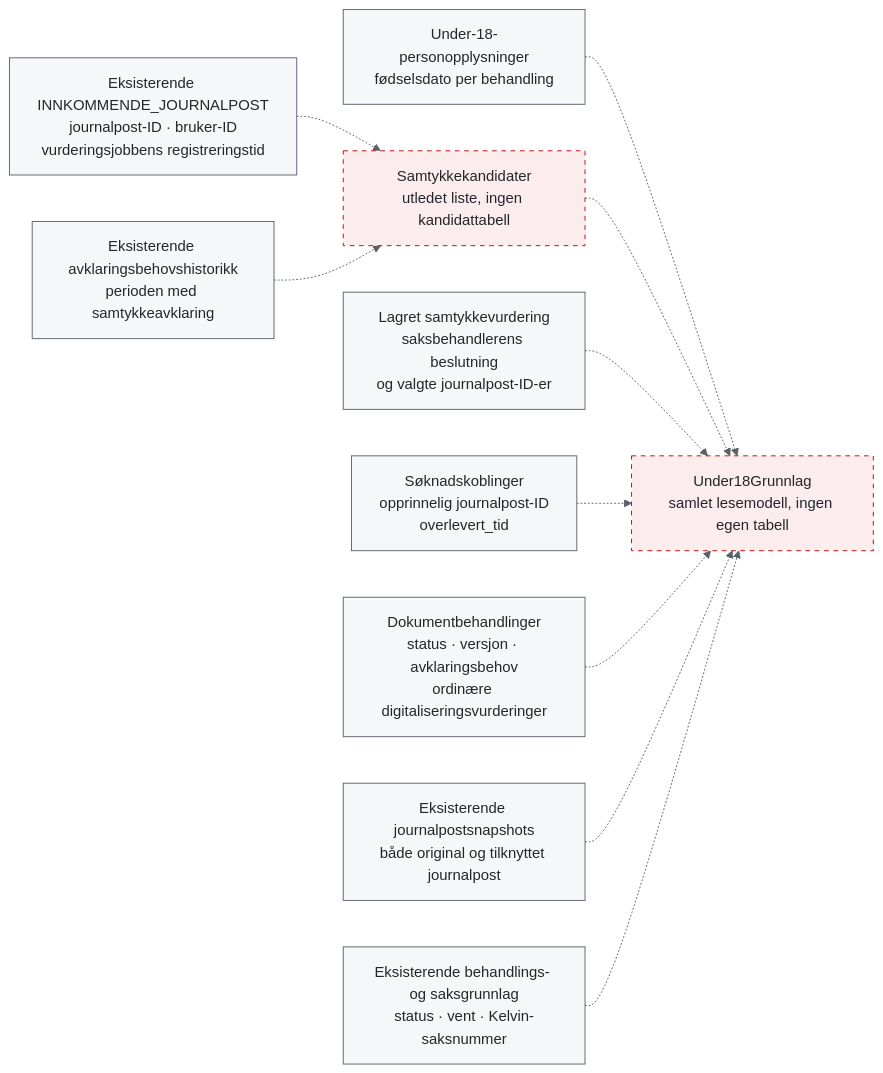
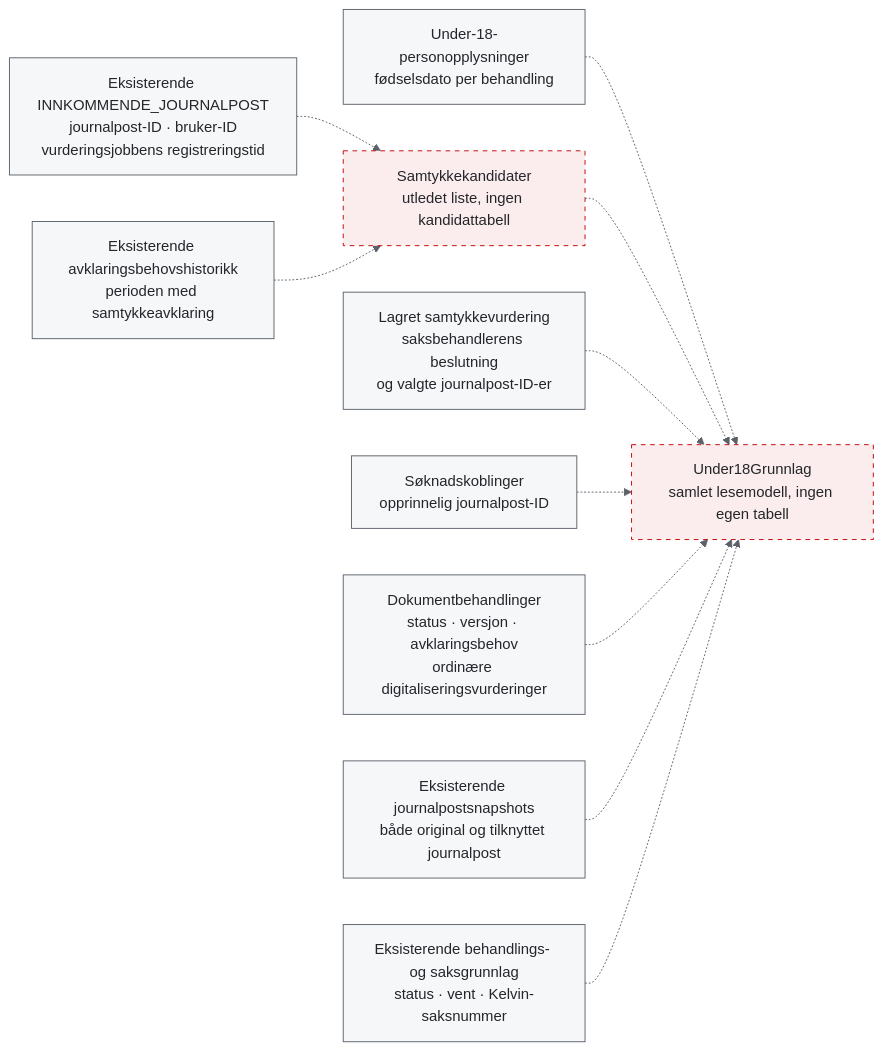
The fourth of 6 diagrams in under-18-flyt.md (navikt/aap-postmottak-backend), drawn with Mermaid before and after one commit. The commit also changed other lines of this file and 7 other files, not shown here.

````diff
--- a/under-18-flyt.md
+++ b/under-18-flyt.md
@@ -391,27 +389,27 @@
 ```mermaid
 %%{init: {"theme":"base","themeVariables":{"primaryColor":"#F6F7F9","primaryTextColor":"#23262A","primaryBorderColor":"#5B6169","lineColor":"#5B6169","secondaryColor":"#FBEDED","tertiaryColor":"#F6F7F9","background":"#FFFFFF"}}}%%
 flowchart LR
     mottak["Eksisterende INNKOMMENDE_JOURNALPOST<br/>journalpost-ID · bruker-ID<br/>vurderingsjobbens registreringstid"]
     personopplysninger["Under-18-personopplysninger<br/>fødselsdato per behandling"]
     historikk["Eksisterende avklaringsbehovshistorikk<br/>perioden med samtykkeavklaring"]
     kandidater["Samtykkekandidater<br/>utledet liste, ingen kandidattabell"]
     samtykke["Lagret samtykkevurdering<br/>saksbehandlerens beslutning<br/>og valgte journalpost-ID-er"]
-    soknader["Søknadskoblinger<br/>opprinnelig journalpost-ID<br/>overlevert_tid"]
+    soknader["Søknadskoblinger<br/>opprinnelig journalpost-ID"]
     dokumentbehandlinger["Dokumentbehandlinger<br/>status · versjon · avklaringsbehov<br/>ordinære digitaliseringsvurderinger"]
     journalposter["Eksisterende journalpostsnapshots<br/>både original og tilknyttet journalpost"]
     behandling["Eksisterende behandlings- og saksgrunnlag<br/>status · vent · Kelvin-saksnummer"]
     grunnlag["Under18Grunnlag<br/>samlet lesemodell, ingen egen tabell"]
     mottak -.-> kandidater
     personopplysninger -.-> grunnlag
     historikk -.-> kandidater
     kandidater -.-> grunnlag
     samtykke -.-> grunnlag
     soknader -.-> grunnlag
     dokumentbehandlinger -.-> grunnlag
     journalposter -.-> grunnlag
     behandling -.-> grunnlag
     classDef lagret fill:#F6F7F9,stroke:#5B6169,color:#23262A
     classDef utledet fill:#FBEDED,stroke:#C30000,color:#23262A,stroke-dasharray:5 5
     class mottak,personopplysninger,historikk,samtykke,soknader,dokumentbehandlinger,journalposter,behandling lagret
     class kandidater,grunnlag utledet
 ```
````
